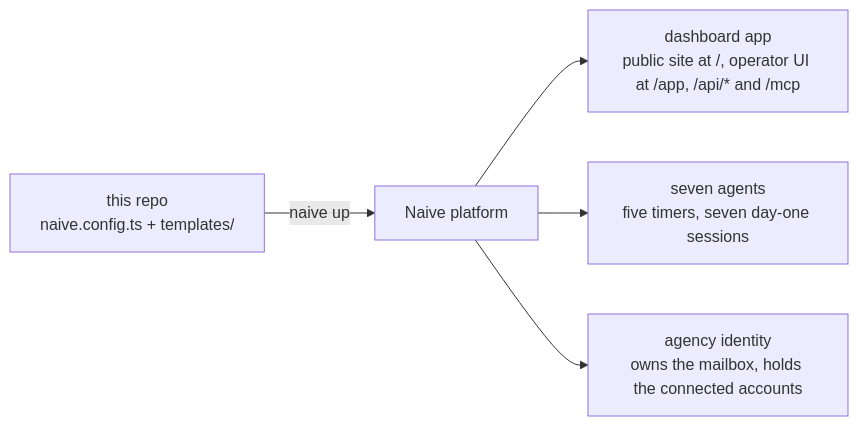
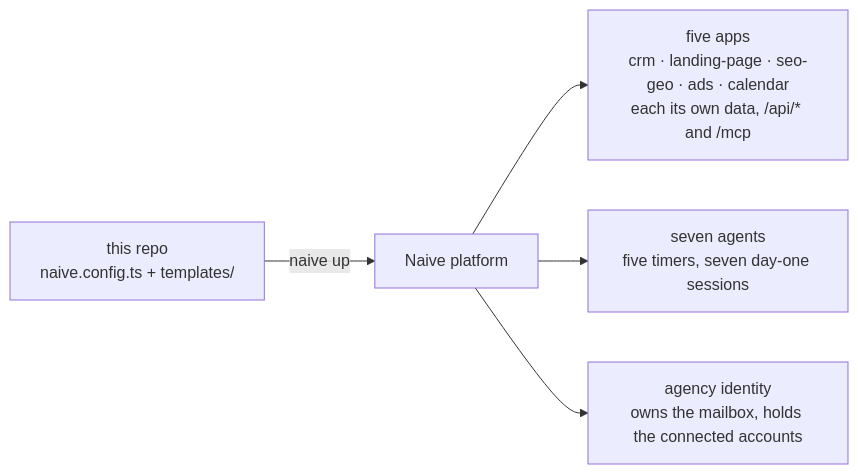
The diagram in README.md (usenaive/agency-blueprint), drawn with Mermaid before and after one commit. The commit also changed other lines of this file and 62 other files, not shown here.

First line of the commit message:
Make an agency template its agents plus five primitive apps

````diff
--- a/README.md
+++ b/README.md
@@ -29,8 +30,8 @@
 ```mermaid
 flowchart LR
   repo["this repo<br/>naive.config.ts + templates/"]
   repo -->|naive up| plat["Naive platform"]
-  plat --> dash["dashboard app<br/>public site at /, operator UI at /app, /api/* and /mcp"]
+  plat --> apps["five apps<br/>crm · landing-page · seo-geo · ads · calendar<br/>each its own data, /api/* and /mcp"]
   plat --> crew["seven agents<br/>five timers, seven day-one sessions"]
   plat --> idn["agency identity<br/>owns the mailbox, holds the connected accounts"]
 ```
````
